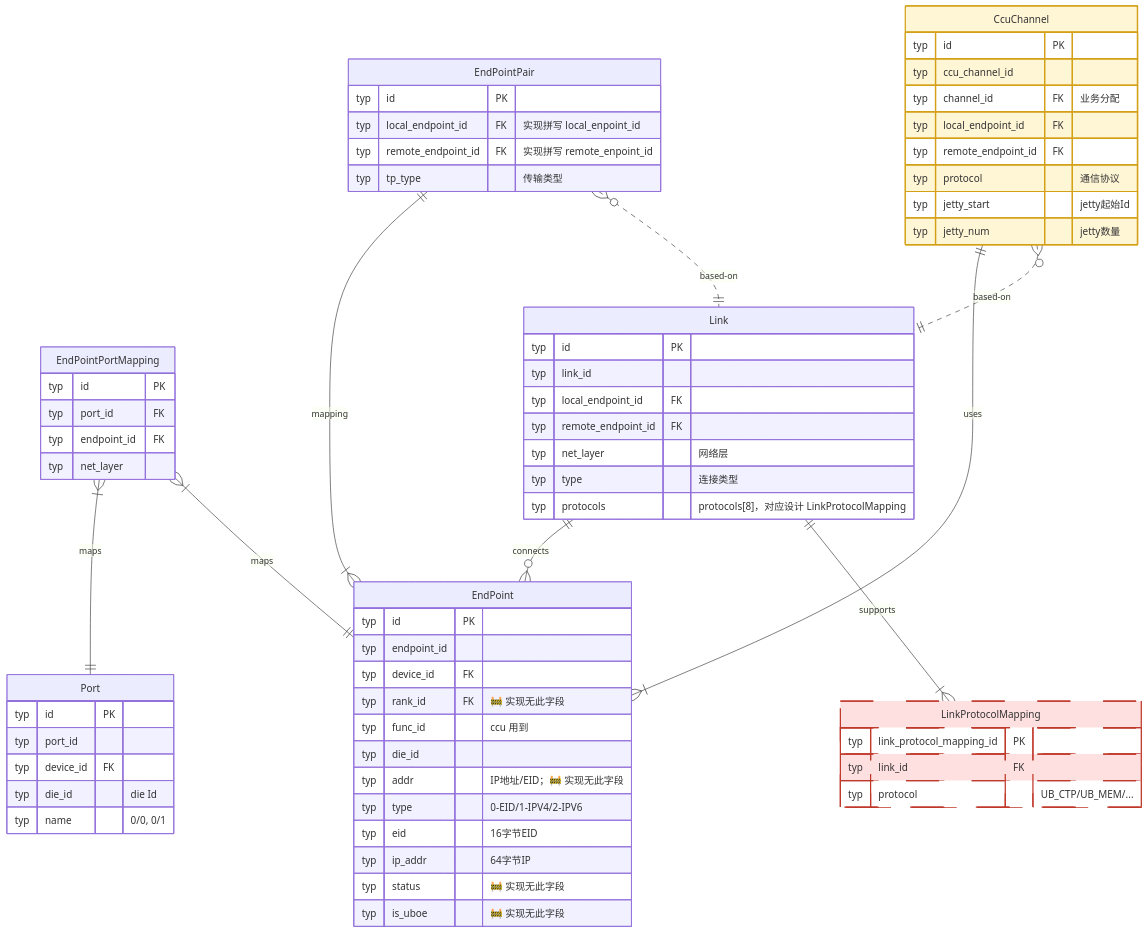
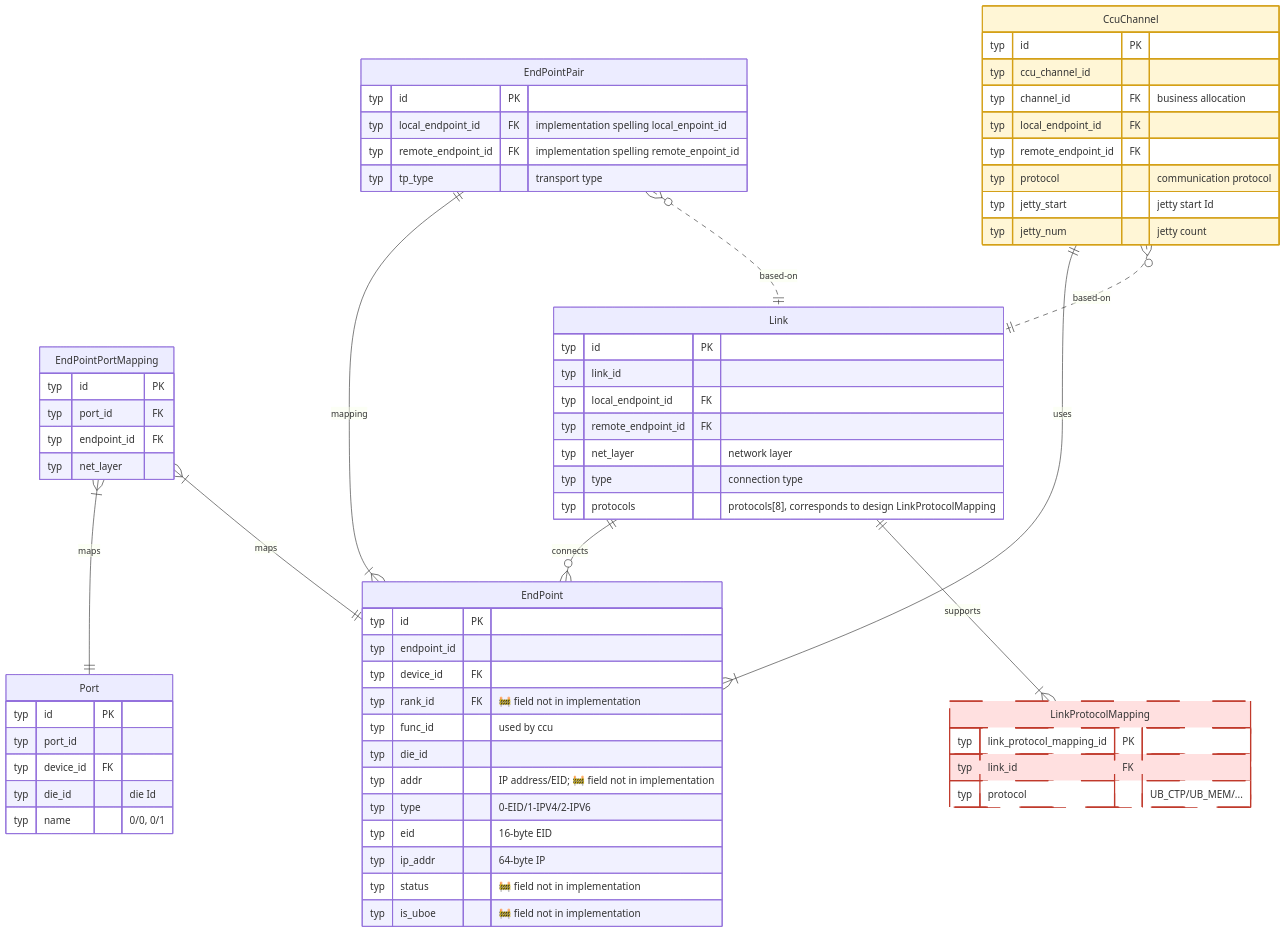
Before and after one commit to Atlas-Ascend-Fork/hcomm: the fourth of 19 diagrams in test/hccl_vm/docs/simulator_runner_data_model_en.md, drawn with Mermaid. The commit also changed other lines of this file and 73 other files, not shown here.

````diff
--- a/test/hccl_vm/docs/simulator_runner_data_model_en.md
+++ b/test/hccl_vm/docs/simulator_runner_data_model_en.md
@@ -326,80 +326,80 @@
 ```mermaid
 erDiagram
     %% ==========================================
-    %% 网络拓扑与连接层
-    %% CcuChannel：仅 cmd 转储访问，全仓无写入方（空表）
+    %% Network Topology and Connection Layer
+    %% CcuChannel: only cmd dump access, no writer in repo (empty table)
     %% ==========================================
     EndPoint {
         typ id PK
         typ endpoint_id
         typ device_id FK
-        typ rank_id FK "🚧 实现无此字段"
-        typ func_id "ccu 用到"
+        typ rank_id FK "🚧 field not in implementation"
+        typ func_id "used by ccu"
         typ die_id
-        typ addr "IP地址/EID；🚧 实现无此字段"
+        typ addr "IP address/EID; 🚧 field not in implementation"
         typ type "0-EID/1-IPV4/2-IPV6"
-        typ eid "16字节EID"
-        typ ip_addr "64字节IP"
-        typ status "🚧 实现无此字段"
-        typ is_uboe "🚧 实现无此字段"
+        typ eid "16-byte EID"
+        typ ip_addr "64-byte IP"
+        typ status "🚧 field not in implementation"
+        typ is_uboe "🚧 field not in implementation"
     }
     Port {
         typ id PK
         typ port_id
         typ device_id FK
         typ die_id "die Id"
         typ name "0/0, 0/1"
     }
     EndPointPortMapping {
         typ id PK
         typ port_id FK
         typ endpoint_id FK
         typ net_layer
     }
-    %% topo.json定义的物理连接
+    %% Physical connections defined by topo.json
     Link {
         typ id PK
         typ link_id
         typ local_endpoint_id FK
         typ remote_endpoint_id FK
-        typ net_layer "网络层"
-        typ type "连接类型"
-        typ protocols "protocols[8]，对应设计 LinkProtocolMapping"
+        typ net_layer "network layer"
+        typ type "connection type"
+        typ protocols "protocols[8], corresponds to design LinkProtocolMapping"
     }
     LinkProtocolMapping {
         typ link_protocol_mapping_id PK
         typ link_id FK
         typ protocol "UB_CTP/UB_MEM/..."
     }
 
     EndPointPair {
         typ id PK
-        typ local_endpoint_id FK "实现拼写 local_enpoint_id"
-        typ remote_endpoint_id FK "实现拼写 remote_enpoint_id"
-        typ tp_type "传输类型"
+        typ local_endpoint_id FK "implementation spelling local_enpoint_id"
+        typ remote_endpoint_id FK "implementation spelling remote_enpoint_id"
+        typ tp_type "transport type"
     }
     CcuChannel {
         typ id PK
         typ ccu_channel_id
-        typ channel_id FK   "业务分配"
+        typ channel_id FK   "business allocation"
         typ local_endpoint_id FK
         typ remote_endpoint_id FK
-        typ protocol "通信协议"
-        typ jetty_start "jetty起始Id"
-        typ jetty_num "jetty数量"
+        typ protocol "communication protocol"
+        typ jetty_start "jetty start Id"
+        typ jetty_num "jetty count"
     }
 
     EndPointPortMapping }|--|| Port : maps
     EndPointPortMapping }|--|| EndPoint : maps
     Link ||--o{ EndPoint : connects
     Link ||--|{ LinkProtocolMapping : "supports"
     EndPointPair ||--|{ EndPoint : mapping
     EndPointPair }o..|| Link : "based-on"
     CcuChannel ||--|{ EndPoint : uses
     CcuChannel }o..|| Link : "based-on"
 
     classDef unimplemented fill:#ffe0e0,stroke:#c0392b,stroke-width:2px,stroke-dasharray:5 3
     classDef inproc fill:#fff6d6,stroke:#d4a017,stroke-width:2px
     class LinkProtocolMapping unimplemented
     class CcuChannel inproc
 ```
````
